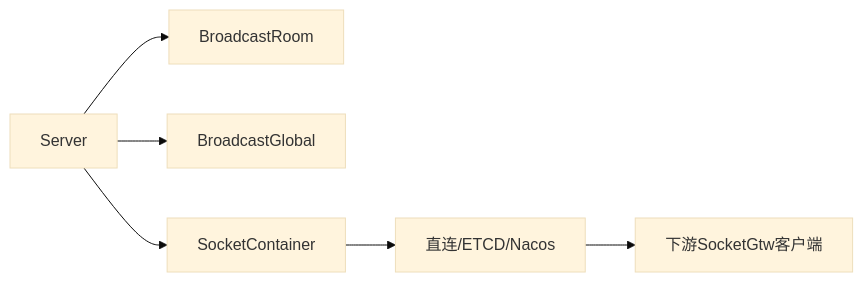
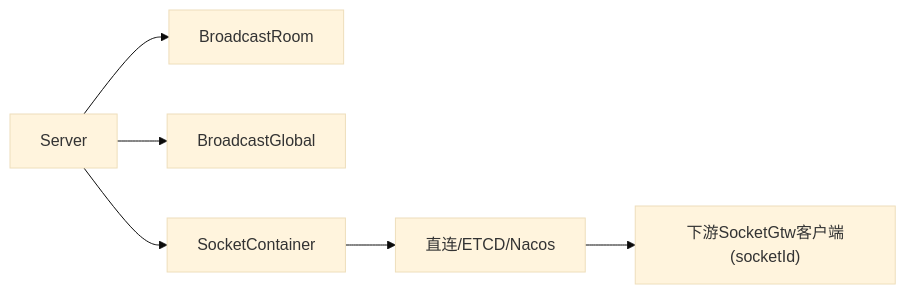
Before and after one commit to maomao94/zero-service: the sixth of 7 diagrams in .qoder/repowiki/zh/content/系统架构设计/服务通信机制/SocketIO实时通信/SocketIO服务器架构.md, drawn with Mermaid (base theme). The commit also changed other lines of this file and 15 other files, not shown here.

````diff
--- a/.qoder/repowiki/zh/content/系统架构设计/服务通信机制/SocketIO实时通信/SocketIO服务器架构.md
+++ b/.qoder/repowiki/zh/content/系统架构设计/服务通信机制/SocketIO实时通信/SocketIO服务器架构.md
@@ -257,8 +274,8 @@
 ```mermaid
 graph LR
 S["Server"] --> BR["BroadcastRoom"]
 S --> BG["BroadcastGlobal"]
 S --> SC["SocketContainer"]
 SC --> DC["直连/ETCD/Nacos"]
-DC --> Clients["下游SocketGtw客户端"]
+DC --> Clients["下游SocketGtw客户端(socketId)"]
 ```
````
